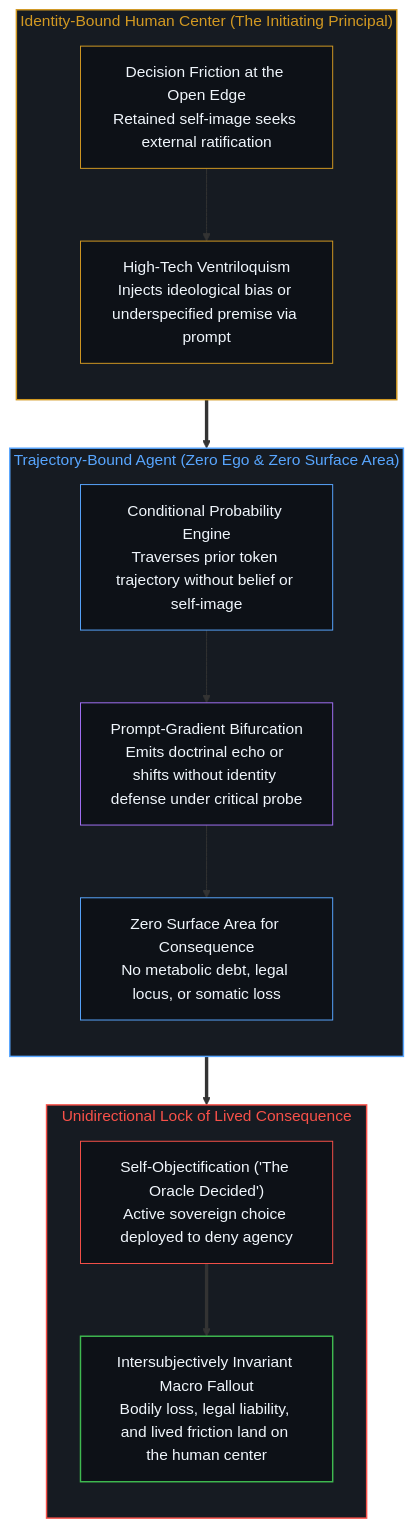
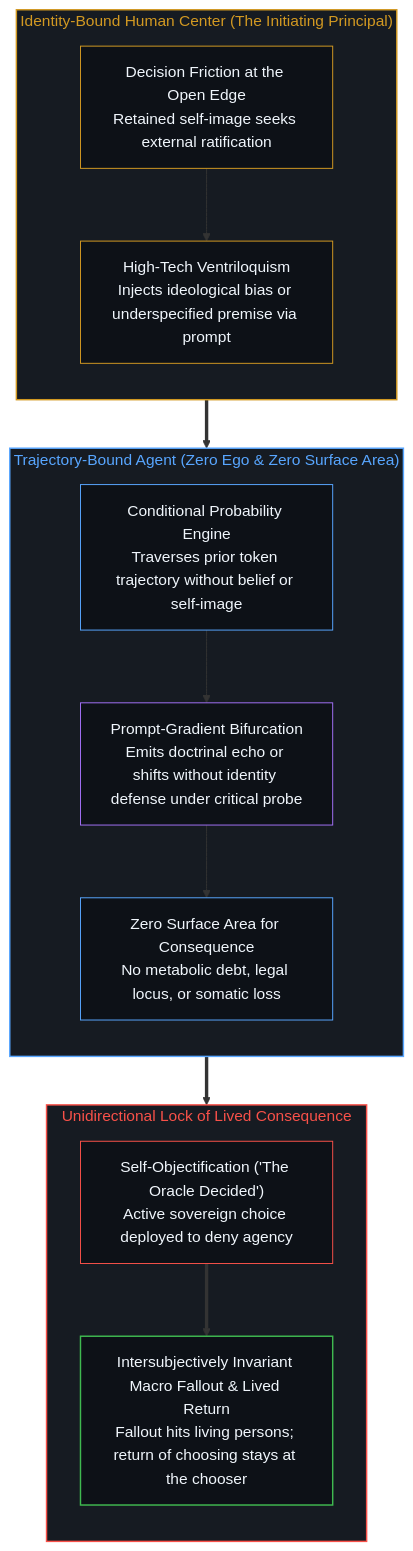
The second of 2 diagrams in content/posts/silicon-oracles-and-the-asymmetry-of-consequence.md (powerpig99/not-a-toe), drawn with Mermaid before and after one commit. The commit also changed other lines of this file and 13 other files, not shown here.

````diff
--- a/content/posts/silicon-oracles-and-the-asymmetry-of-consequence.md
+++ b/content/posts/silicon-oracles-and-the-asymmetry-of-consequence.md
@@ -82,34 +82,34 @@
 ```mermaid
 flowchart TD
     subgraph S_MIND["Identity-Bound Human Center (The Initiating Principal)"]
         direction TB
         N_ANXIETY["Decision Friction at the Open Edge<br/>Retained self-image seeks external ratification"]
         N_VENTRIL["High-Tech Ventriloquism<br/>Injects ideological bias or underspecified premise via prompt"]
         N_ANXIETY --> N_VENTRIL
     end
     subgraph S_SILICON["Trajectory-Bound Agent (Zero Ego & Zero Surface Area)"]
         direction TB
         N_LATENT["Conditional Probability Engine<br/>Traverses prior token trajectory without belief or self-image"]
         N_SHIFT["Prompt-Gradient Bifurcation<br/>Emits doctrinal echo or shifts without identity defense under critical probe"]
         N_ZERO["Zero Surface Area for Consequence<br/>No metabolic debt, legal locus, or somatic loss"]
         N_LATENT --> N_SHIFT --> N_ZERO
     end
     subgraph S_RETURN["Unidirectional Lock of Lived Consequence"]
         direction TB
         N_ABDICATE["Self-Objectification ('The Oracle Decided')<br/>Active sovereign choice deployed to deny agency"]
-        N_FRICTION["Intersubjectively Invariant Macro Fallout<br/>Bodily loss, legal liability, and lived friction land on the human center"]
+        N_FRICTION["Intersubjectively Invariant Macro Fallout & Lived Return<br/>Fallout hits living persons; return of choosing stays at the chooser"]
         N_ABDICATE ==> N_FRICTION
     end
     N_VENTRIL ==> N_LATENT
     N_ZERO ==> N_ABDICATE
     style S_MIND fill:#161b22,stroke:#d29922,stroke-width:1.5px,color:#d29922
     style S_SILICON fill:#161b22,stroke:#58a6ff,stroke-width:1.5px,color:#58a6ff
     style S_RETURN fill:#161b22,stroke:#f85149,stroke-width:1.5px,color:#f85149
     style N_ANXIETY fill:#0d1117,stroke:#d29922,stroke-width:1px,color:#f0f6fc
     style N_VENTRIL fill:#0d1117,stroke:#d29922,stroke-width:1px,color:#f0f6fc
     style N_LATENT fill:#0d1117,stroke:#58a6ff,stroke-width:1px,color:#f0f6fc
     style N_SHIFT fill:#0d1117,stroke:#a371f7,stroke-width:1px,color:#f0f6fc
     style N_ZERO fill:#0d1117,stroke:#58a6ff,stroke-width:1px,color:#f0f6fc
     style N_ABDICATE fill:#0d1117,stroke:#f85149,stroke-width:1px,color:#f0f6fc
     style N_FRICTION fill:#0d1117,stroke:#3fb950,stroke-width:1.5px,color:#f0f6fc
 ```
````
